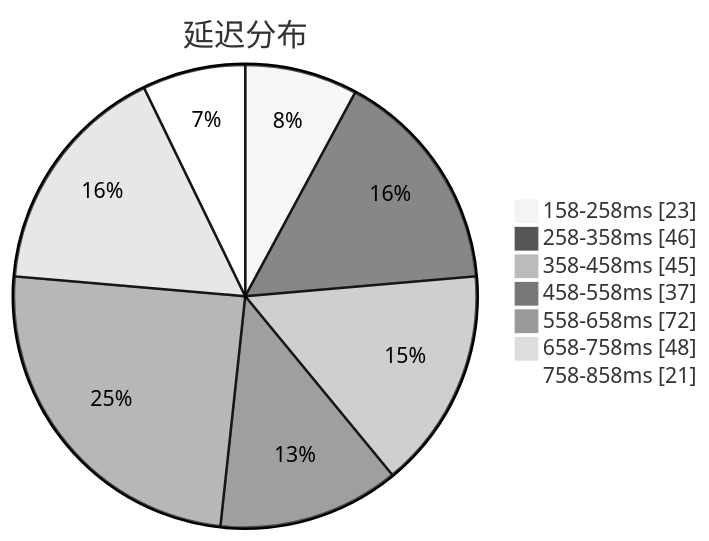
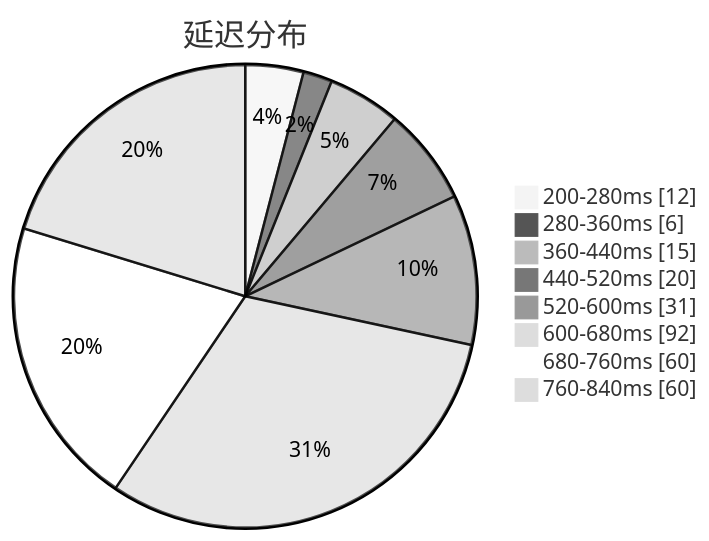
One commit to qjlxg/airport changed the first of 3 diagrams in subs/statistics/tested_within.md. Above: the diagram before and after it, drawn with Mermaid (neutral theme). The commit also changed other lines of this file and 2 other files, not shown here.

Commit message:
Tested by metaST

````diff
--- a/subs/statistics/tested_within.md
+++ b/subs/statistics/tested_within.md
@@ -2,11 +2,12 @@
 ```mermaid
 pie showData
 title 延迟分布
-"158-258ms" : 23
-"258-358ms" : 46
-"358-458ms" : 45
-"458-558ms" : 37
-"558-658ms" : 72
-"658-758ms" : 48
-"758-858ms" : 21
+"200-280ms" : 12
+"280-360ms" : 6
+"360-440ms" : 15
+"440-520ms" : 20
+"520-600ms" : 31
+"600-680ms" : 92
+"680-760ms" : 60
+"760-840ms" : 60
 ```
````
